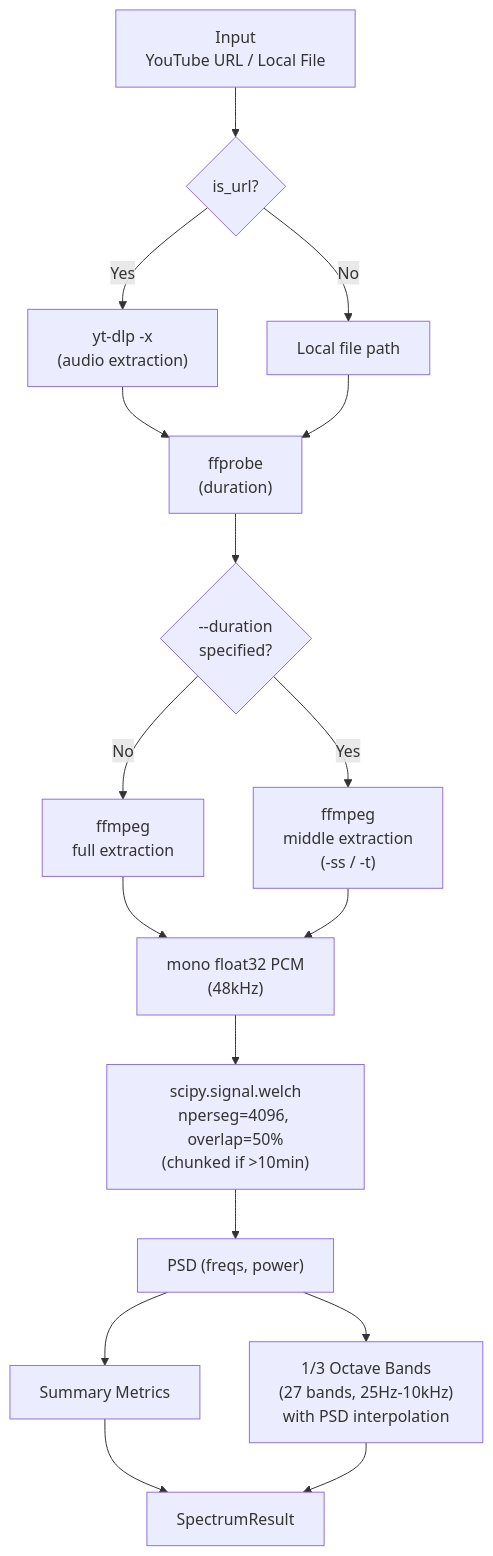
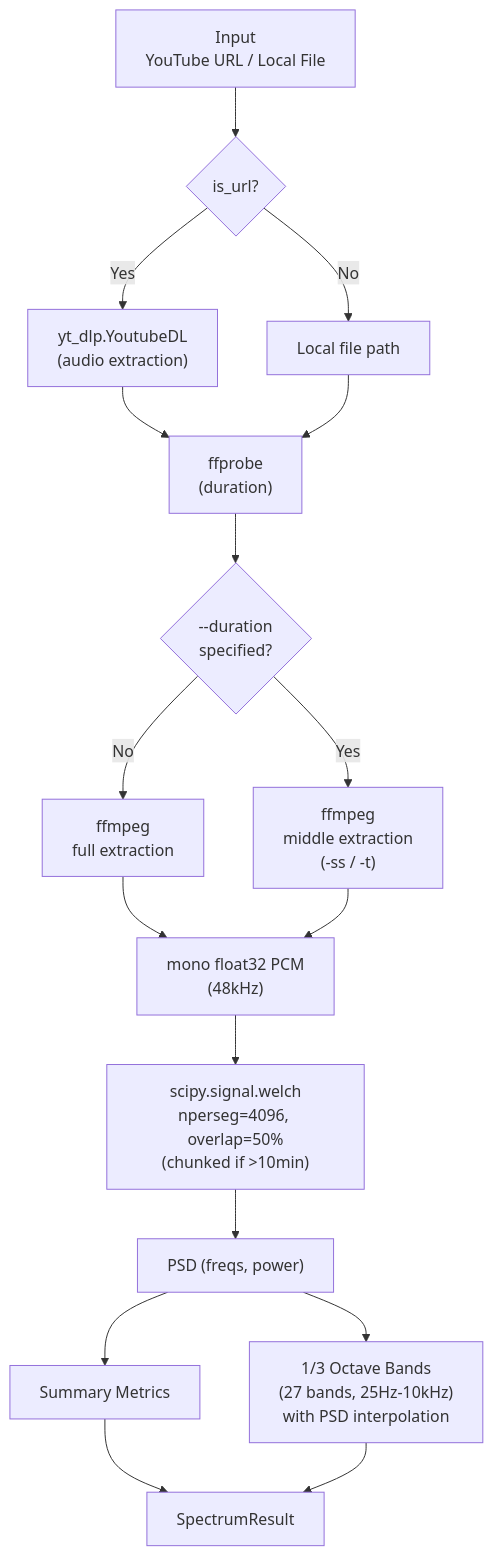
The third of 16 diagrams in docs/architecture.md (semnil/analyze-spectrum), drawn with Mermaid before and after one commit. The commit also changed other lines of this file and 7 other files, not shown here.

````diff
--- a/docs/architecture.md
+++ b/docs/architecture.md
@@ -79,34 +79,34 @@
 ```mermaid
 flowchart TD
     INPUT["Input<br/>YouTube URL / Local File"]
     RESOLVE{"is_url?"}
-    YTDLP["yt-dlp -x<br/>(audio extraction)"]
+    YTDLP["yt_dlp.YoutubeDL<br/>(audio extraction)"]
     LOCAL["Local file path"]
     PROBE["ffprobe<br/>(duration)"]
     MIDDLE{"--duration<br/>specified?"}
     EXTRACT_FULL["ffmpeg<br/>full extraction"]
     EXTRACT_MID["ffmpeg<br/>middle extraction<br/>(-ss / -t)"]
     PCM["mono float32 PCM<br/>(48kHz)"]
     WELCH["scipy.signal.welch<br/>nperseg=4096, overlap=50%<br/>(chunked if >10min)"]
     PSD["PSD (freqs, power)"]
     METRICS["Summary Metrics"]
     BANDS["1/3 Octave Bands<br/>(27 bands, 25Hz-10kHz)<br/>with PSD interpolation"]
     RESULT["SpectrumResult"]
 
     INPUT --> RESOLVE
     RESOLVE -->|Yes| YTDLP
     RESOLVE -->|No| LOCAL
     YTDLP --> PROBE
     LOCAL --> PROBE
     PROBE --> MIDDLE
     MIDDLE -->|No| EXTRACT_FULL
     MIDDLE -->|Yes| EXTRACT_MID
     EXTRACT_FULL --> PCM
     EXTRACT_MID --> PCM
     PCM --> WELCH
     WELCH --> PSD
     PSD --> METRICS
     PSD --> BANDS
     METRICS --> RESULT
     BANDS --> RESULT
 ```
````
